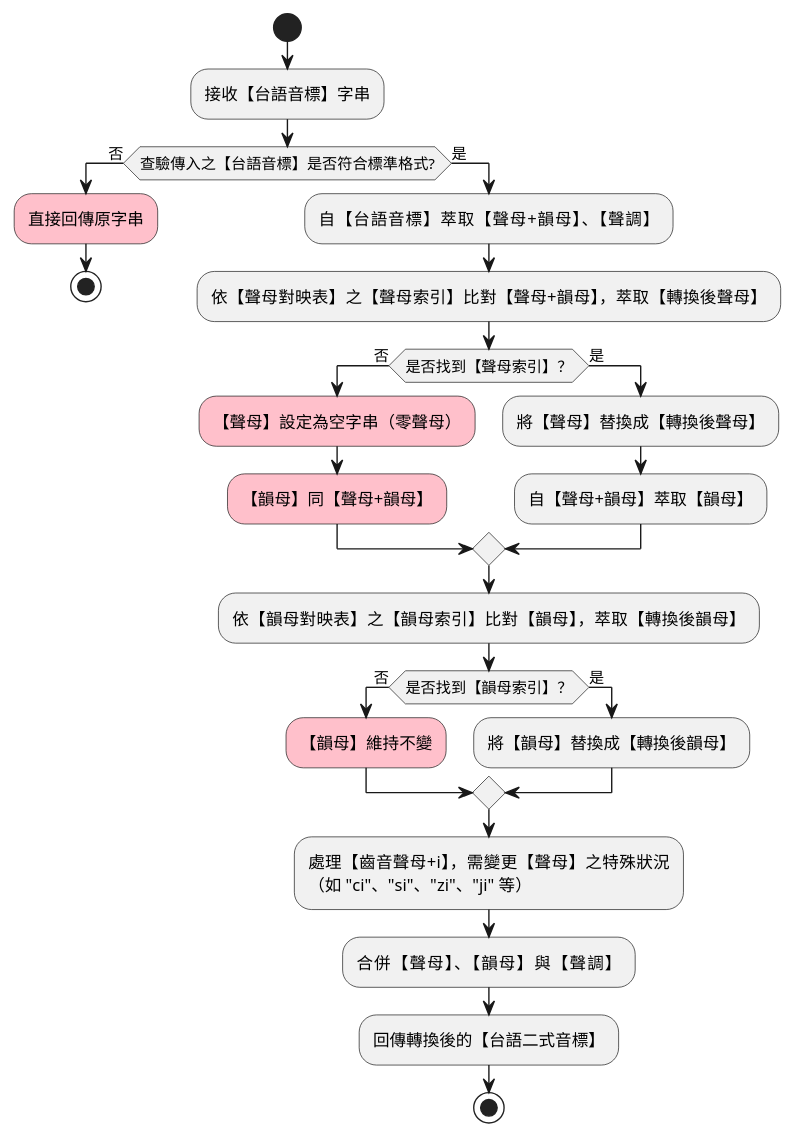
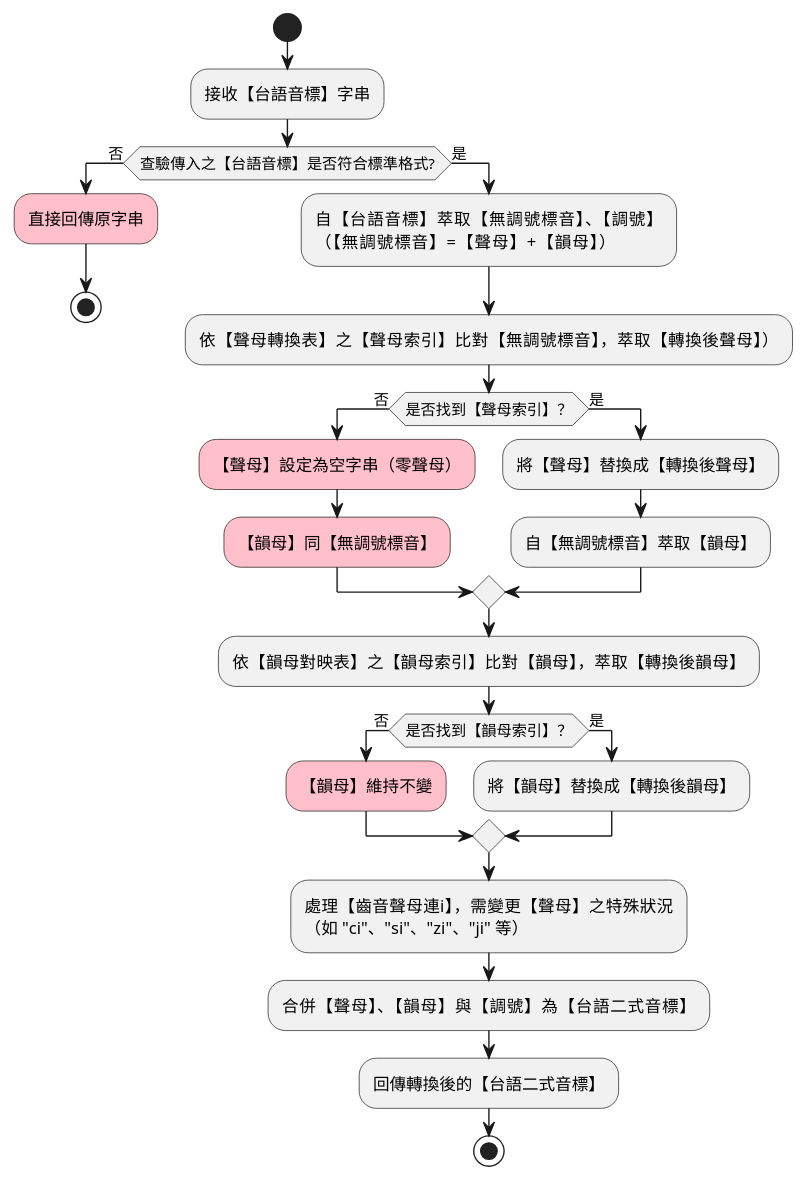
Before and after one commit to AlanJui/Piau-Im: the diagram in Documents/PRG_mod_convert_TLPA_to_MPS2-Convert_TLPS_to_MPS2.puml, drawn with PlantUML. The commit also changed 1 other file, not shown here.

```diff
--- a/Documents/PRG_mod_convert_TLPA_to_MPS2-Convert_TLPS_to_MPS2.puml
+++ b/Documents/PRG_mod_convert_TLPA_to_MPS2-Convert_TLPS_to_MPS2.puml
@@ -1,36 +1,36 @@
 @startuml
 start
 :接收【台語音標】字串;
 if (查驗傳入之【台語音標】是否符合標準格式?) then (否)
   #pink:直接回傳原字串;
   stop
 else (是)
-  :自【台語音標】萃取【聲母+韻母】、【聲調】;
-  :依【聲母對映表】之【聲母索引】比對【聲母+韻母】，萃取【轉換後聲母】;
+  :自【台語音標】萃取【無調號標音】、【調號】\n（【無調號標音】=【聲母】+【韻母】）;
+  :依【聲母轉換表】之【聲母索引】比對【無調號標音】，萃取【轉換後聲母】）;
   if (是否找到【聲母索引】？) then (否)
     #pink:【聲母】設定為空字串（零聲母）;
-    #pink:【韻母】同【聲母+韻母】;
+    #pink:【韻母】同【無調號標音】;
   else (是)
     :將【聲母】替換成【轉換後聲母】;
-    :自【聲母+韻母】萃取【韻母】;
+    :自【無調號標音】萃取【韻母】;
   endif
   :依【韻母對映表】之【韻母索引】比對【韻母】，萃取【轉換後韻母】;
   if (是否找到【韻母索引】？) then (否)
     #pink:【韻母】維持不變;
   else (是)
     :將【韻母】替換成【轉換後韻母】;
   endif
   /'if (韻母是否在映射表中?) then (否)'/
   /'  if (<color:red>韻母是否以 "o" 結尾?) then (是)'/
   /'    :替換 "o" 為 "or";'/
   /'  else (否)'/
   /'    #pink:保持韻母不變;'/
   /'  endif'/
   /'else (是)'/
   /'  :替換為對應韻母;'/
   /'endif'/
-  :處理【齒音聲母+i】，需變更【聲母】之特殊狀況\n（如 "ci"、"si"、"zi"、"ji" 等）;
-  :合併【聲母】、【韻母】與【聲調】;
+  :處理【齒音聲母連i】，需變更【聲母】之特殊狀況\n（如 "ci"、"si"、"zi"、"ji" 等）;
+  :合併【聲母】、【韻母】與【調號】為【台語二式音標】;
   :回傳轉換後的【台語二式音標】;
   stop
 @enduml
```
